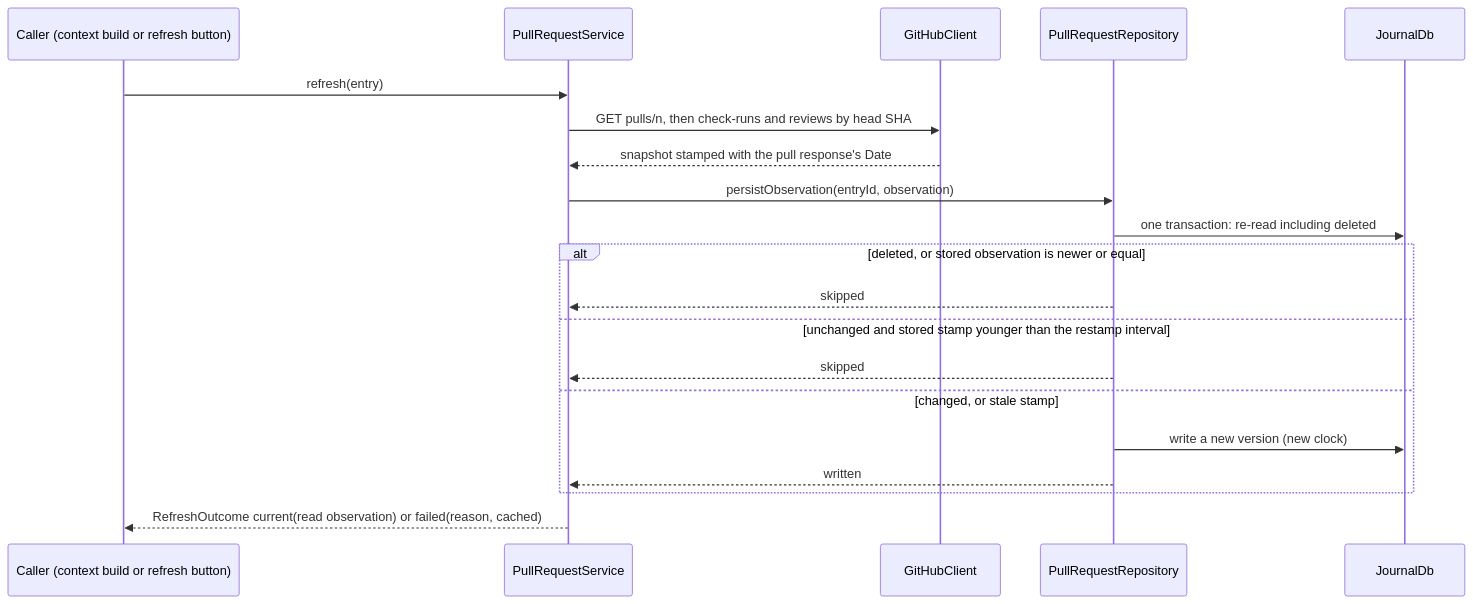
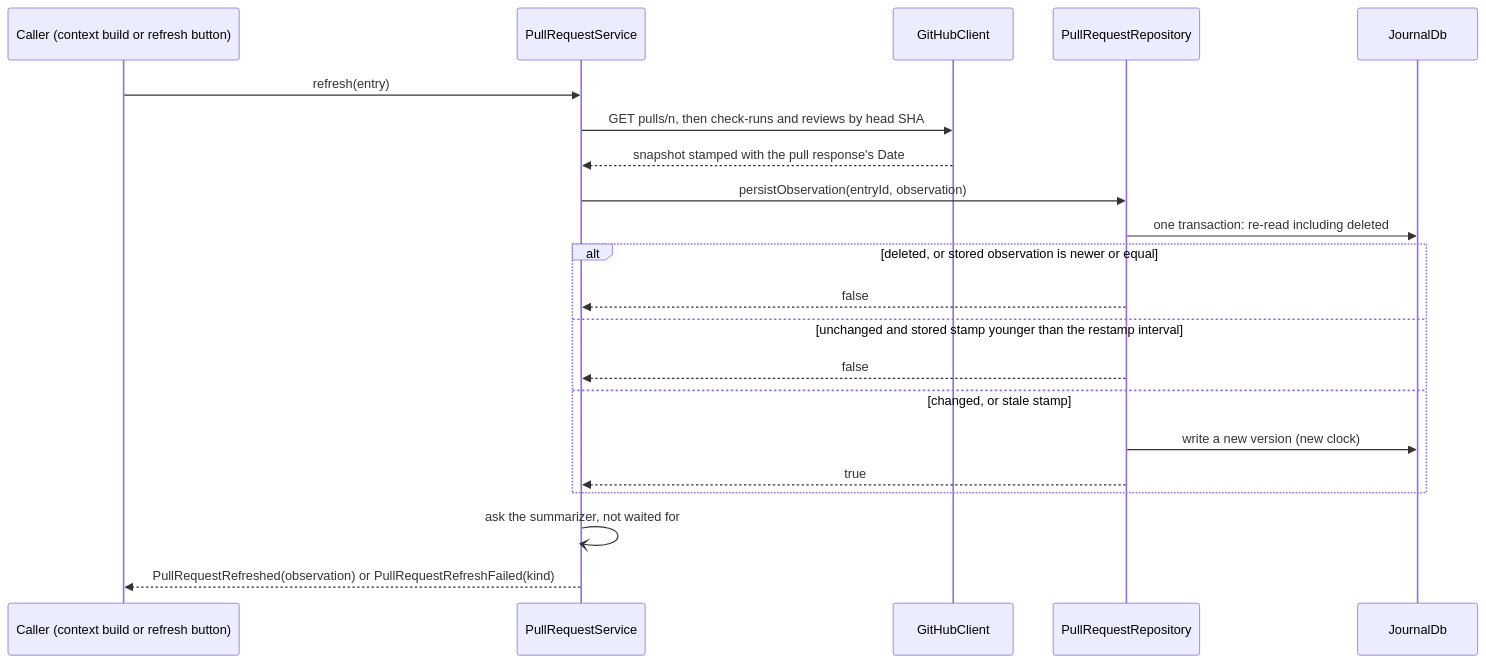
One commit to matthiasn/lotti changed the first of 5 diagrams in knowledge/features/github.md. Above: the diagram before and after it, drawn with Mermaid. The commit also changed other lines of this file and 27 other files, not shown here.

````diff
--- a/knowledge/features/github.md
+++ b/knowledge/features/github.md
@@ -148,22 +155,23 @@
 ```mermaid
 sequenceDiagram
     participant C as Caller (context build or refresh button)
     participant S as PullRequestService
     participant G as GitHubClient
     participant R as PullRequestRepository
     participant DB as JournalDb
     C->>S: refresh(entry)
     S->>G: GET pulls/n, then check-runs and reviews by head SHA
     G-->>S: snapshot stamped with the pull response's Date
     S->>R: persistObservation(entryId, observation)
     R->>DB: one transaction: re-read including deleted
     alt deleted, or stored observation is newer or equal
-        R-->>S: skipped
+        R-->>S: false
     else unchanged and stored stamp younger than the restamp interval
-        R-->>S: skipped
+        R-->>S: false
     else changed, or stale stamp
         R->>DB: write a new version (new clock)
-        R-->>S: written
+        R-->>S: true
     end
-    S-->>C: RefreshOutcome current(read observation) or failed(reason, cached)
+    S-)S: ask the summarizer, not waited for
+    S-->>C: PullRequestRefreshed(observation) or PullRequestRefreshFailed(kind)
 ```
````
